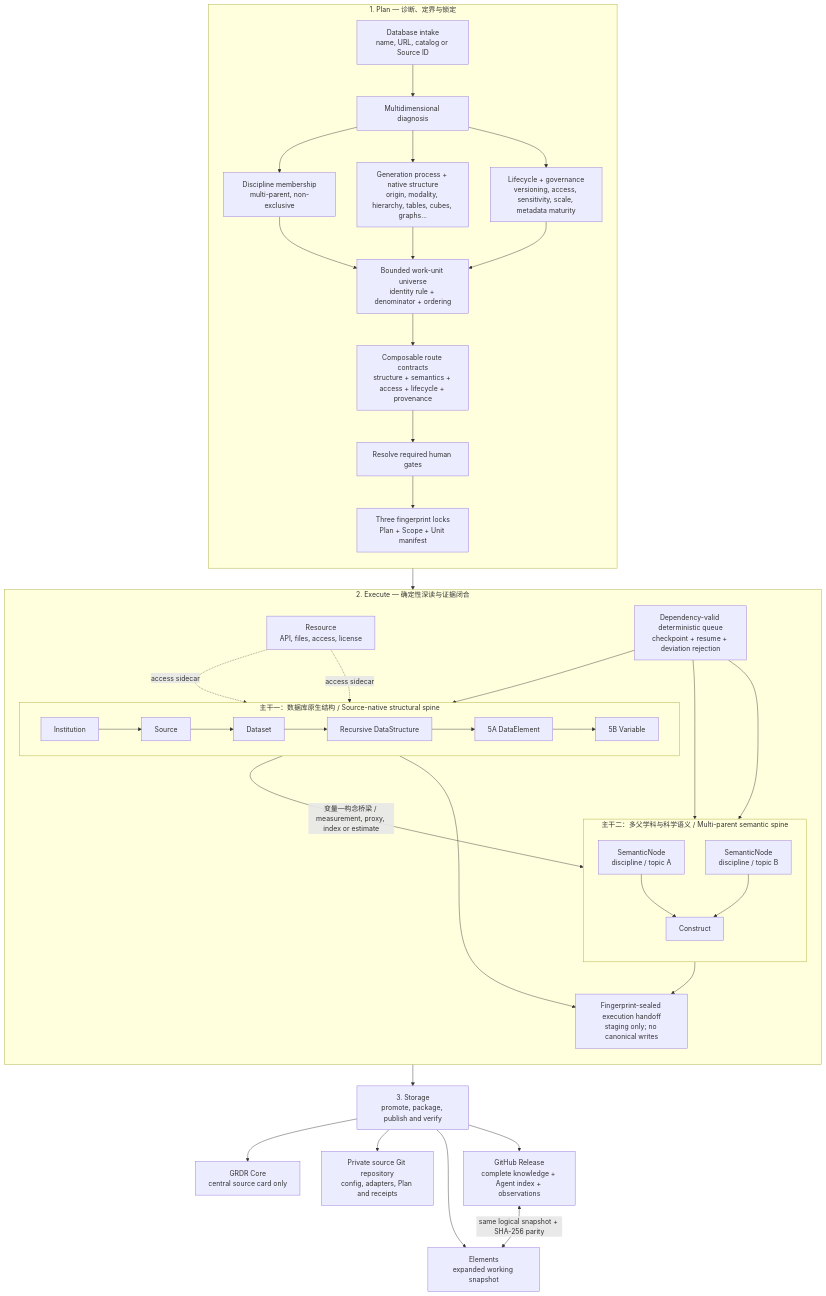
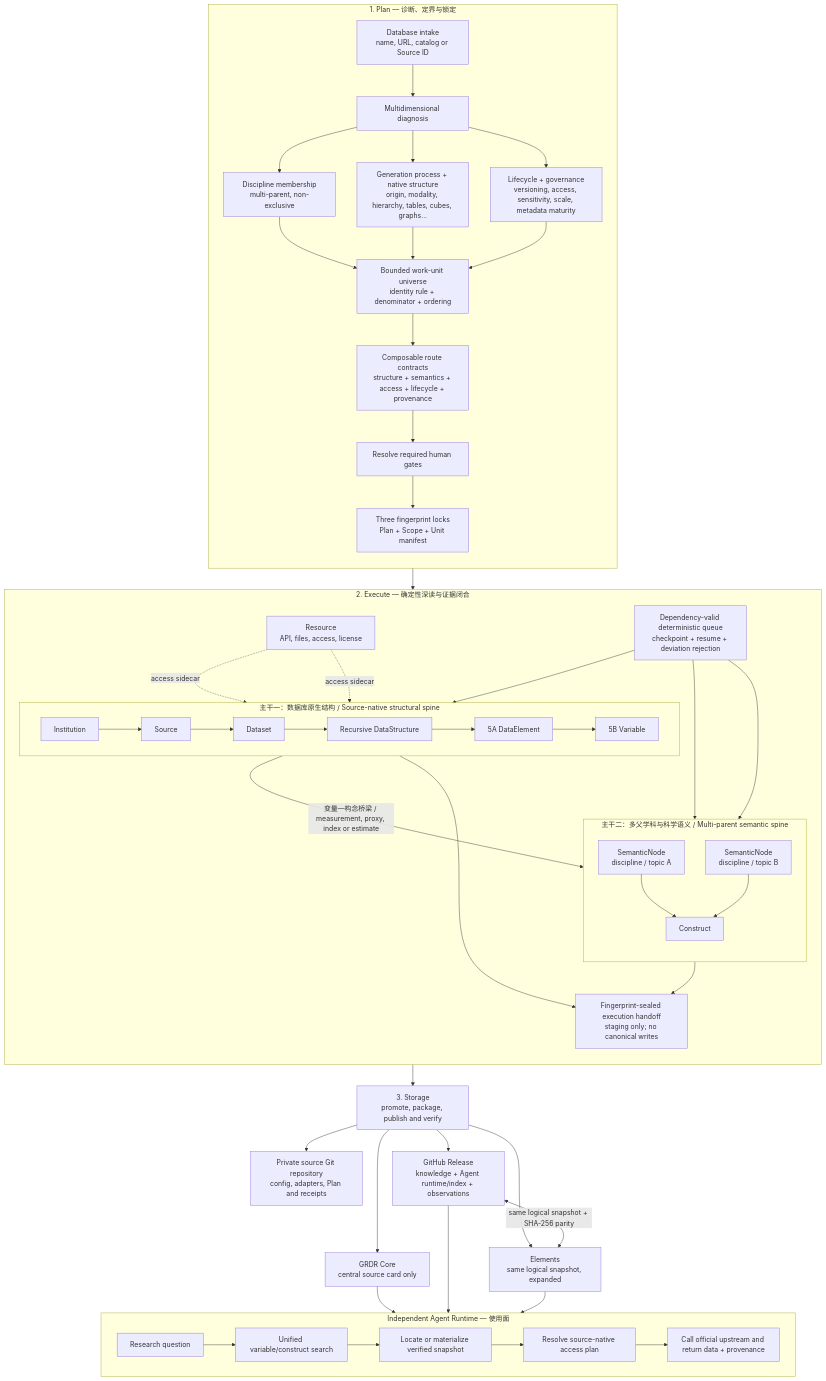
The diagram in README.md (yangyuezh/grdr-core-version-archive), drawn with Mermaid before and after one commit. The commit also changed other lines of this file and 28 other files, not shown here.

Commit message:
feat(v3.3.0): add distributed agent runtime

````diff
--- a/README.md
+++ b/README.md
@@ -17,51 +19,59 @@
 ```mermaid
 flowchart TB
     subgraph PLAN["1. Plan — 诊断、定界与锁定"]
         direction TB
         INTAKE["Database intake<br/>name, URL, catalog or Source ID"] --> DIAG["Multidimensional diagnosis"]
         DIAG --> DISC["Discipline membership<br/>multi-parent, non-exclusive"]
         DIAG --> SHAPE["Generation process + native structure<br/>origin, modality, hierarchy, tables, cubes, graphs..."]
         DIAG --> GOVERN["Lifecycle + governance<br/>versioning, access, sensitivity, scale, metadata maturity"]
         DISC --> BOUND["Bounded work-unit universe<br/>identity rule + denominator + ordering"]
         SHAPE --> BOUND
         GOVERN --> BOUND
         BOUND --> ROUTES["Composable route contracts<br/>structure + semantics + access + lifecycle + provenance"]
         ROUTES --> GATES["Resolve required human gates"]
         GATES --> LOCKS["Three fingerprint locks<br/>Plan + Scope + Unit manifest"]
     end
 
     subgraph EXECUTE["2. Execute — 确定性深读与证据闭合"]
         direction TB
         QUEUE["Dependency-valid deterministic queue<br/>checkpoint + resume + deviation rejection"]
 
         subgraph STRUCT["主干一：数据库原生结构 / Source-native structural spine"]
             direction LR
             INST["Institution"] --> SRC["Source"] --> DATASET["Dataset"] --> DSTRUCT["Recursive DataStructure"] --> ELEMENT["5A DataElement"] --> VARIABLE["5B Variable"]
         end
 
         subgraph SEMANTIC["主干二：多父学科与科学语义 / Multi-parent semantic spine"]
             direction TB
             SEM_A["SemanticNode<br/>discipline / topic A"] --> CONSTRUCT["Construct"]
             SEM_B["SemanticNode<br/>discipline / topic B"] --> CONSTRUCT
         end
 
         RESOURCE["Resource<br/>API, files, access, license"] -. "access sidecar" .-> SRC
         RESOURCE -. "access sidecar" .-> DSTRUCT
 
         QUEUE --> INST
         QUEUE --> SEM_A
         QUEUE --> SEM_B
         VARIABLE -->|"变量—构念桥梁 / measurement, proxy, index or estimate"| CONSTRUCT
         VARIABLE --> SEALED["Fingerprint-sealed execution handoff<br/>staging only; no canonical writes"]
         CONSTRUCT --> SEALED
     end
 
     LOCKS --> QUEUE
     SEALED --> STORE["3. Storage<br/>promote, package, publish and verify"]
 
     STORE --> CARD["GRDR Core<br/>central source card only"]
     STORE --> REPO["Private source Git repository<br/>config, adapters, Plan and receipts"]
-    STORE --> RELEASE["GitHub Release<br/>complete knowledge + Agent index + observations"]
-    STORE --> ELEMENTS["Elements<br/>expanded working snapshot"]
+    STORE --> RELEASE["GitHub Release<br/>knowledge + Agent runtime/index + observations"]
+    STORE --> ELEMENTS["Elements<br/>same logical snapshot, expanded"]
     RELEASE <-->|"same logical snapshot + SHA-256 parity"| ELEMENTS
+
+    subgraph RUNTIME["Independent Agent Runtime — 使用面"]
+        direction LR
+        QUESTION["Research question"] --> SEARCH["Unified variable/construct search"] --> MOUNT["Locate or materialize verified snapshot"] --> RESOLVE["Resolve source-native access plan"] --> FETCH["Call official upstream and return data + provenance"]
+    end
+    CARD --> SEARCH
+    RELEASE --> MOUNT
+    ELEMENTS --> MOUNT
 ```
````
